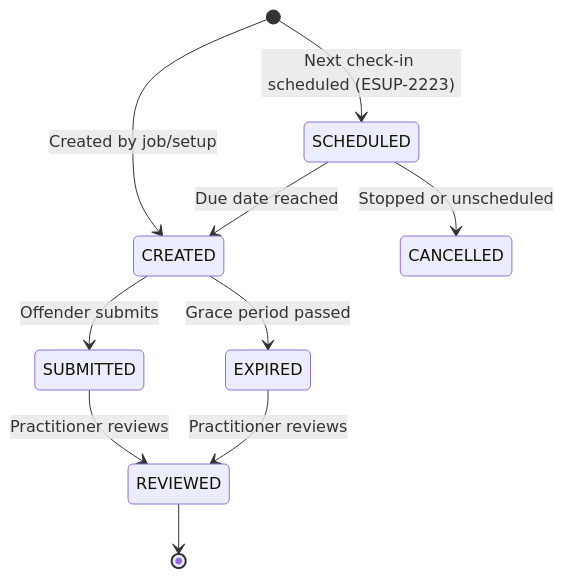
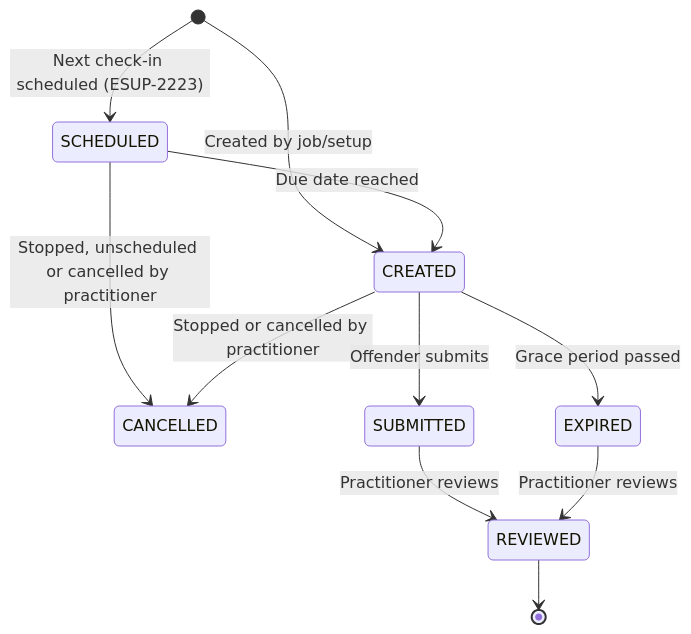
The third of 3 diagrams in docs/v2/DATA_MODEL.md (ministryofjustice/hmpps-esupervision-api), drawn with Mermaid before and after one commit. The commit also changed other lines of this file and 21 other files, not shown here.

````diff
--- a/docs/v2/DATA_MODEL.md
+++ b/docs/v2/DATA_MODEL.md
@@ -217,12 +219,13 @@
 ```mermaid
 stateDiagram-v2
     [*] --> SCHEDULED: Next check-in scheduled (ESUP-2223)
     [*] --> CREATED: Created by job/setup
     SCHEDULED --> CREATED: Due date reached
-    SCHEDULED --> CANCELLED: Stopped or unscheduled
+    SCHEDULED --> CANCELLED: Stopped, unscheduled or cancelled by practitioner
+    CREATED --> CANCELLED: Stopped or cancelled by practitioner
     CREATED --> SUBMITTED: Offender submits
     CREATED --> EXPIRED: Grace period passed
     SUBMITTED --> REVIEWED: Practitioner reviews
     EXPIRED --> REVIEWED: Practitioner reviews
     REVIEWED --> [*]
 ```
````
